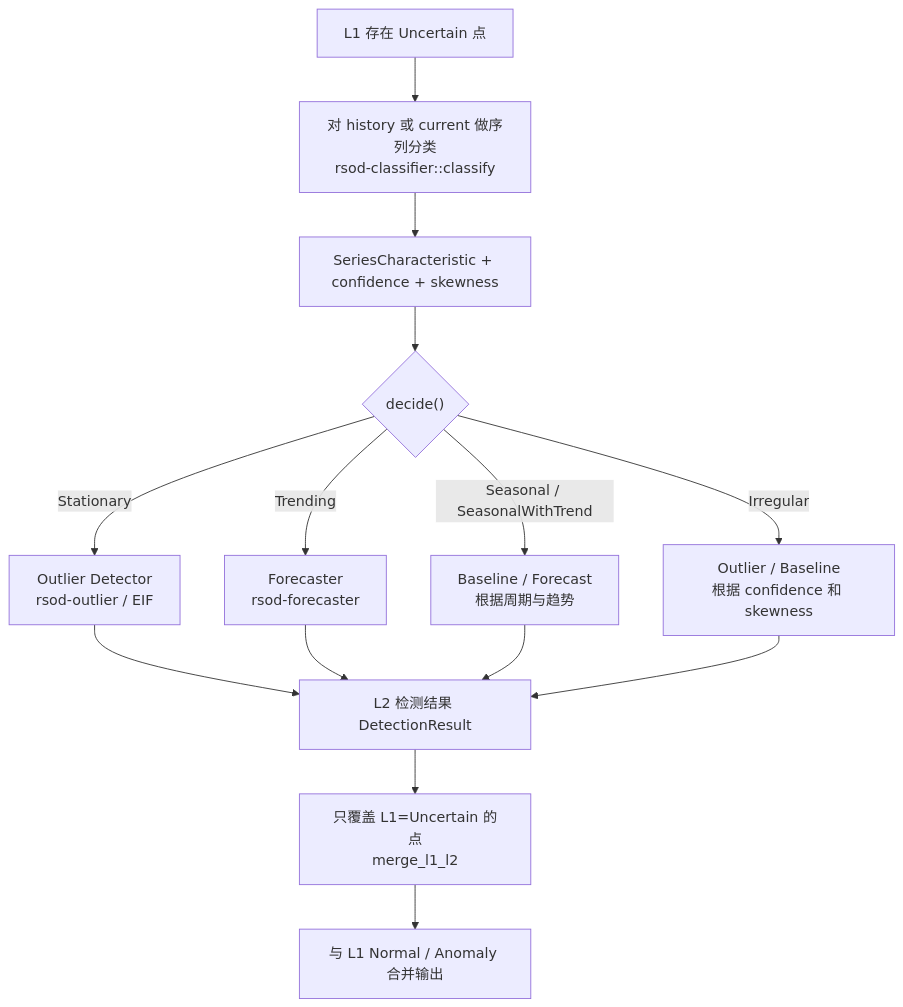
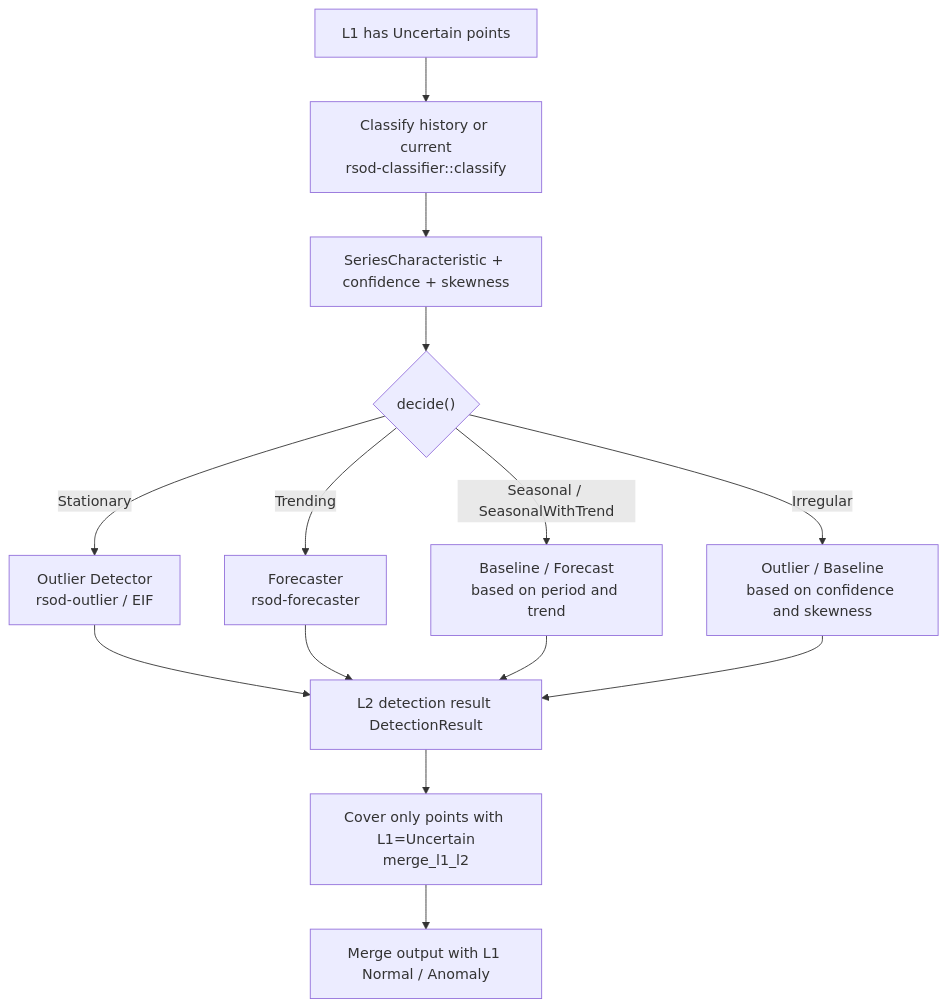
The third of 4 diagrams in docs/funnel_algorithm.md (IBUMBLEBEE/grafana-alert4ml-datasource), drawn with Mermaid before and after one commit. The commit also changed other lines of this file and 15 other files, not shown here.

````diff
--- a/docs/funnel_algorithm.md
+++ b/docs/funnel_algorithm.md
@@ -99,20 +99,20 @@
 ```mermaid
 flowchart TD
-    A["L1 存在 Uncertain 点"] --> B["对 history 或 current 做序列分类<br/>rsod-classifier::classify"]
+    A["L1 has Uncertain points"] --> B["Classify history or current<br/>rsod-classifier::classify"]
     B --> C["SeriesCharacteristic + confidence + skewness"]
 
     C --> D{"decide()"}
 
     D -->|"Stationary"| E["Outlier Detector<br/>rsod-outlier / EIF"]
     D -->|"Trending"| F["Forecaster<br/>rsod-forecaster"]
-    D -->|"Seasonal / SeasonalWithTrend"| G["Baseline / Forecast<br/>根据周期与趋势"]
-    D -->|"Irregular"| H["Outlier / Baseline<br/>根据 confidence 和 skewness"]
+    D -->|"Seasonal / SeasonalWithTrend"| G["Baseline / Forecast<br/>based on period and trend"]
+    D -->|"Irregular"| H["Outlier / Baseline<br/>based on confidence and skewness"]
 
-    E --> I["L2 检测结果 DetectionResult"]
+    E --> I["L2 detection result DetectionResult"]
     F --> I
     G --> I
     H --> I
 
-    I --> J["只覆盖 L1=Uncertain 的点<br/>merge_l1_l2"]
-    J --> K["与 L1 Normal / Anomaly 合并输出"]
+    I --> J["Cover only points with L1=Uncertain<br/>merge_l1_l2"]
+    J --> K["Merge output with L1 Normal / Anomaly"]
 ```
````
